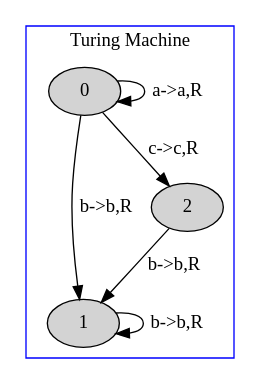
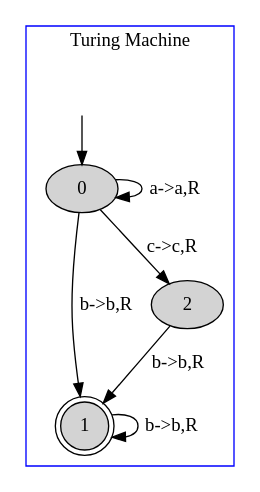
One commit to danielScLima/turing_machine changed the diagram in TM/file.dot. Above: the diagram before and after it, drawn with Graphviz. The commit also changed 5 other files, not shown here.

```diff
--- a/TM/file.dot
+++ b/TM/file.dot
@@ -1,17 +1,17 @@
 digraph G {
 	subgraph cluster_1 {
 		node [style=filled];
 		label = "Turing Machine"
 		color=blue;
 
 		0;
-		1;
+		1 [shape="doublecircle"];
 		2;
 		0->0[label="a->a,R"];
 		0->1[label="b->b,R"];
 		0->2[label="c->c,R"];
 		1->1[label="b->b,R"];
 		2->1[label="b->b,R"];
-	}
+x [color=white, label=""];		x->0	}
 
 }
```
